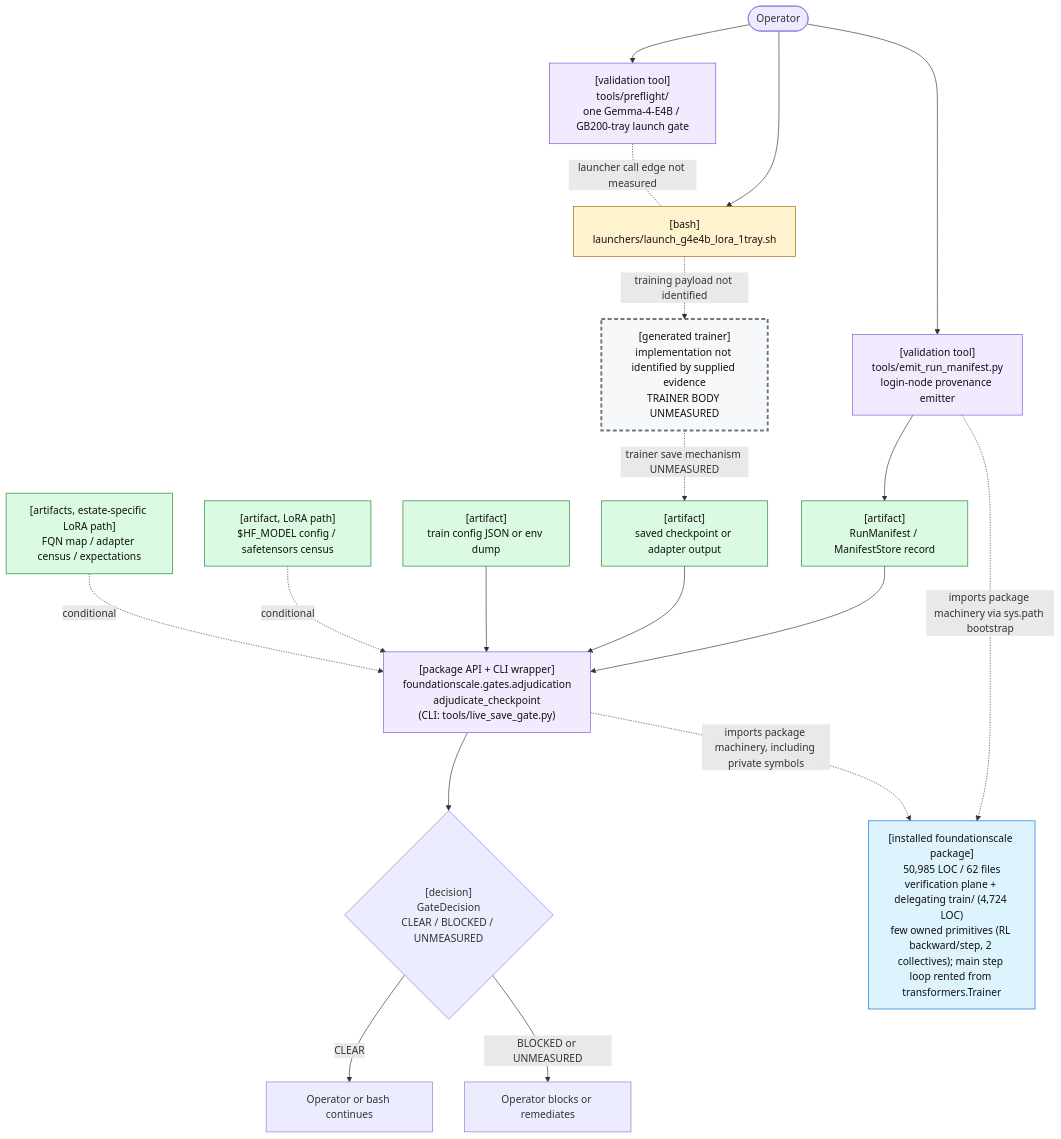
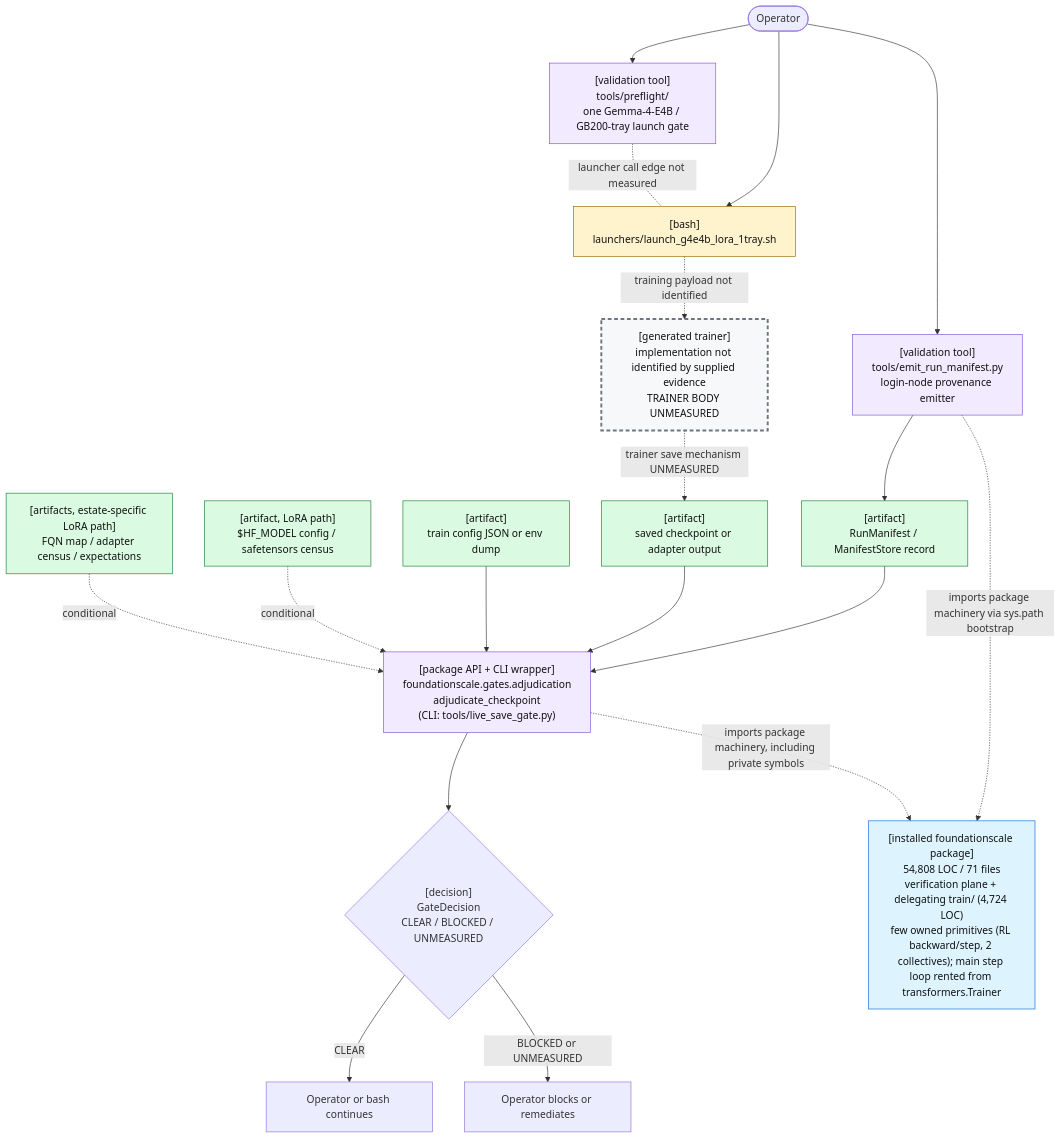
One commit to TranNhiem/FoundationScale changed the first of 2 diagrams in docs/review/D2_current_architecture.md. Above: the diagram before and after it, drawn with Mermaid. The commit also changed other lines of this file and 10 other files, not shown here.

````diff
--- a/docs/review/D2_current_architecture.md
+++ b/docs/review/D2_current_architecture.md
@@ -25,59 +25,59 @@
 ```mermaid
 flowchart TB
   O(["Operator"])
 
   PF["[validation tool]<br/>tools/preflight/<br/>one Gemma-4-E4B / GB200-tray launch gate"]
   L["[bash]<br/>launchers/launch_g4e4b_lora_1tray.sh"]
 
   E["[validation tool]<br/>tools/emit_run_manifest.py<br/>login-node provenance emitter"]
   M["[artifact]<br/>RunManifest / ManifestStore record"]
 
   T["[generated trainer]<br/>implementation not identified by supplied evidence<br/>TRAINER BODY UNMEASURED"]
   C["[artifact]<br/>saved checkpoint or adapter output"]
 
   G["[package API + CLI wrapper]<br/>foundationscale.gates.adjudication<br/>adjudicate_checkpoint<br/>(CLI: tools/live_save_gate.py)"]
   CFG["[artifact]<br/>train config JSON or env dump"]
   BASE["[artifact, LoRA path]<br/>$HF_MODEL config / safetensors census"]
   CEN["[artifacts, estate-specific LoRA path]<br/>FQN map / adapter census / expectations"]
 
   D{"[decision]<br/>GateDecision<br/>CLEAR / BLOCKED / UNMEASURED"}
   OK["Operator or bash continues"]
   NO["Operator blocks or remediates"]
 
-  PKG["[installed foundationscale package]<br/>50,985 LOC / 62 files<br/>verification plane + delegating train/ (4,724 LOC)<br/>few owned primitives (RL backward/step, 2 collectives); main step loop rented from transformers.Trainer"]
+  PKG["[installed foundationscale package]<br/>54,808 LOC / 71 files<br/>verification plane + delegating train/ (4,724 LOC)<br/>few owned primitives (RL backward/step, 2 collectives); main step loop rented from transformers.Trainer"]
 
   O --> PF
   O --> L
   PF -. "launcher call edge not measured" .- L
 
   O --> E
   E --> M
 
   L -. "training payload not identified" .-> T
   T -. "trainer save mechanism UNMEASURED" .-> C
 
   M --> G
   C --> G
   CFG --> G
   BASE -. "conditional" .-> G
   CEN -. "conditional" .-> G
 
   E -. "imports package machinery via sys.path bootstrap" .-> PKG
   G -. "imports package machinery, including private symbols" .-> PKG
 
   G --> D
   D -->|"CLEAR"| OK
   D -->|"BLOCKED or UNMEASURED"| NO
 
   classDef bash fill:#fff3cd,stroke:#9a6700,color:#111;
   classDef tool fill:#f2eaff,stroke:#8250df,color:#111;
   classDef artifact fill:#dafbe1,stroke:#1a7f37,color:#111;
   classDef gap fill:#f6f8fa,stroke:#6e7781,stroke-width:3px,stroke-dasharray: 6 4,color:#111;
   classDef pkg fill:#ddf4ff,stroke:#0969da,color:#111;
 
   class L bash;
   class PF,E,G tool;
   class M,C,CFG,BASE,CEN artifact;
   class T gap;
   class PKG pkg;
 ```
````
